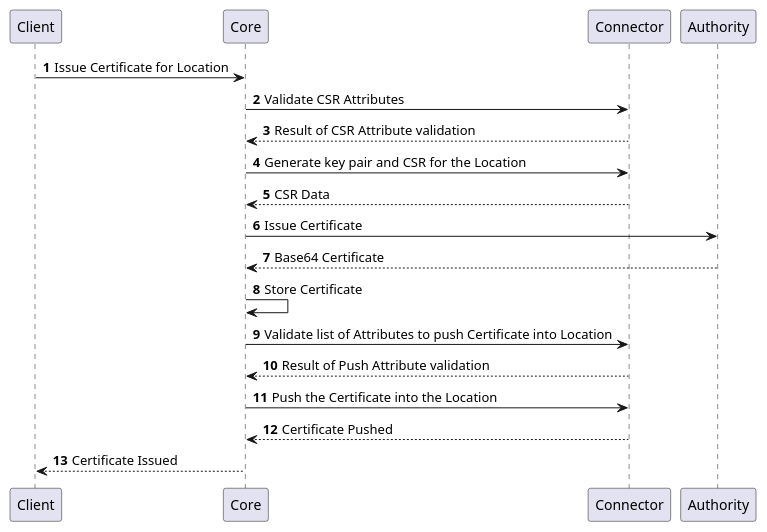
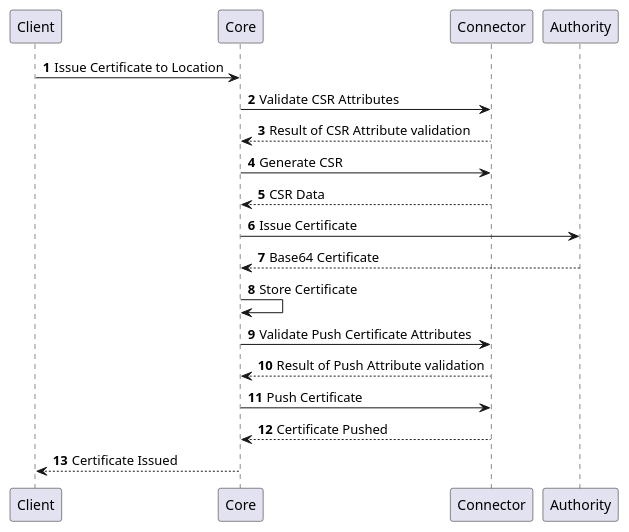
The tenth of 13 diagrams in docs/12-connectors/05-description/32-entity-provider.md (CZERTAINLY/CZERTAINLY-Documentation), drawn with PlantUML before and after one commit. The commit also changed other lines of this file, not shown here.

````diff
--- a/docs/12-connectors/05-description/32-entity-provider.md
+++ b/docs/12-connectors/05-description/32-entity-provider.md
@@ -176,19 +176,19 @@
 ```plantuml
     @startuml
     autonumber
     skinparam topurl https://docs.czertainly.com/api/
-        Client -> Core [[core-location/#tag/Location-Management-API/operation/issueCertificate]]: Issue Certificate for Location
+        Client -> Core [[core-location/#tag/Location-Management-API/operation/issueCertificate]]: Issue Certificate to Location
         Core -> Connector [[connector-entity-provider/#tag/Location-Operations-API/operation/validateGenerateCsrAttributes]]: Validate CSR Attributes
         Connector --> Core: Result of CSR Attribute validation
-        Core -> Connector [[connector-entity-provider/#tag/Location-Operations-API/operation/generateCsrLocation]]: Generate key pair and CSR for the Location
+        Core -> Connector [[connector-entity-provider/#tag/Location-Operations-API/operation/generateCsrLocation]]: Generate CSR
         Connector --> Core: CSR Data
         Core -> Authority [[connector-authority-provider-v2/#tag/Certificate-Management-API/operation/issueCertificate]]: Issue Certificate
         Authority --> Core: Base64 Certificate
         Core -> Core: Store Certificate
-        Core -> Connector [[connector-entity-provider/#tag/Location-Operations-API/operation/validatePushCertificateAttributes]]: Validate list of Attributes to push Certificate into Location
+        Core -> Connector [[connector-entity-provider/#tag/Location-Operations-API/operation/validatePushCertificateAttributes]]: Validate Push Certificate Attributes
         Connector --> Core: Result of Push Attribute validation
-        Core -> Connector [[connector-entity-provider/#tag/Location-Operations-API/operation/pushCertificateToLocation]]: Push the Certificate into the Location
+        Core -> Connector [[connector-entity-provider/#tag/Location-Operations-API/operation/pushCertificateToLocation]]: Push Certificate
         Connector --> Core: Certificate Pushed
         Core --> Client: Certificate Issued
     @enduml
 ```
````
